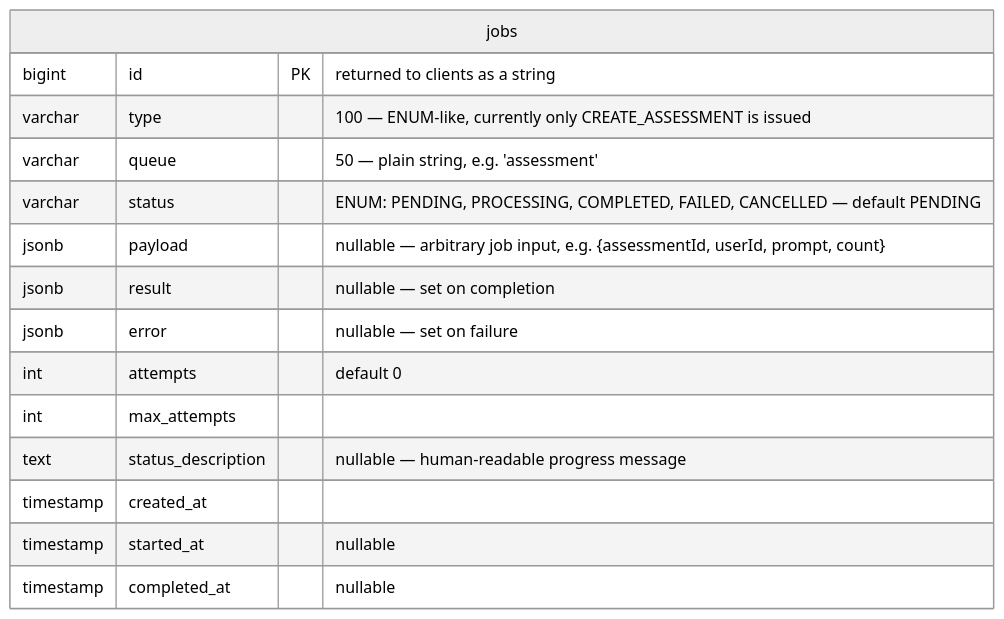
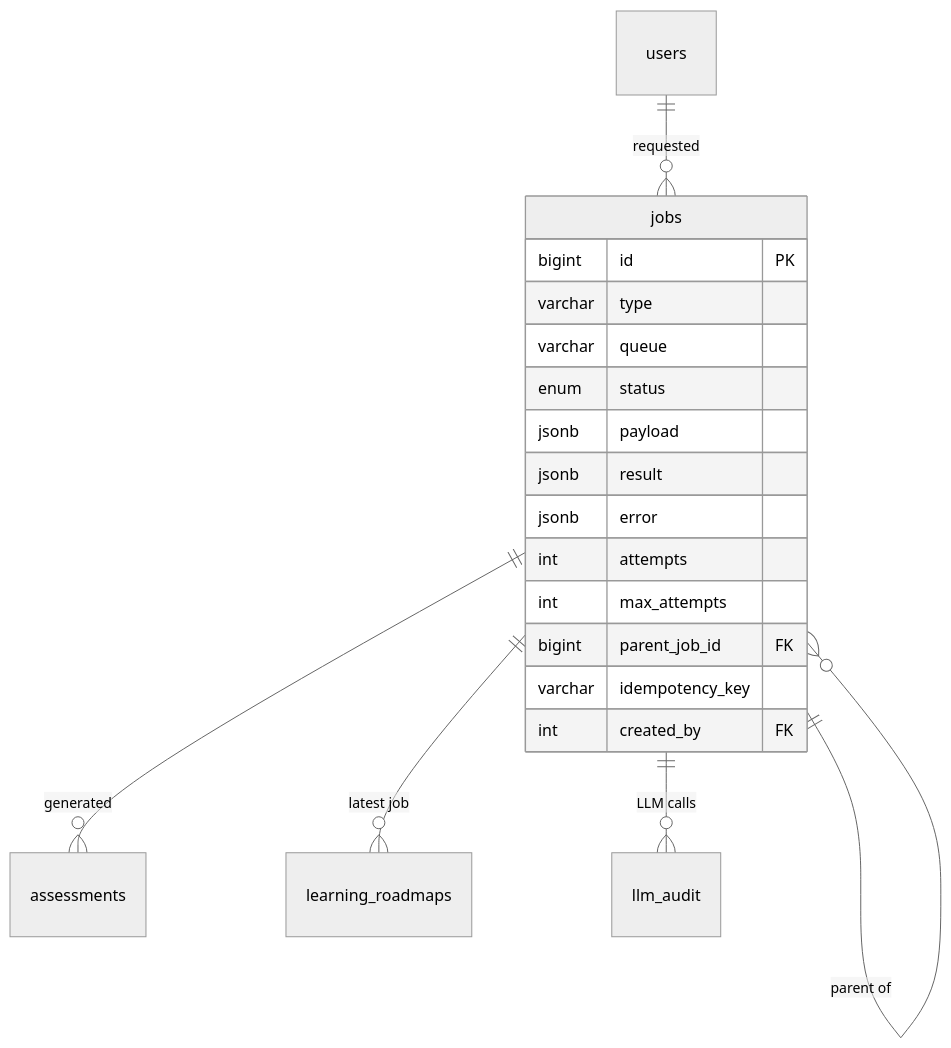
One commit to sharma-dikshant/TestFlow-Docs changed the eighth of 14 diagrams in docs/erd.md. Above: the diagram before and after it, drawn with Mermaid (neutral theme). The commit also changed other lines of this file and 26 other files, not shown here.

````diff
--- a/docs/erd.md
+++ b/docs/erd.md
@@ -254,19 +840,22 @@
 ```mermaid
 erDiagram
-
     jobs {
-        bigint id PK "returned to clients as a string"
-        varchar type "100 — ENUM-like, currently only CREATE_ASSESSMENT is issued"
-        varchar queue "50 — plain string, e.g. 'assessment'"
-        varchar status "ENUM: PENDING, PROCESSING, COMPLETED, FAILED, CANCELLED — default PENDING"
-        jsonb payload "nullable — arbitrary job input, e.g. {assessmentId, userId, prompt, count}"
-        jsonb result "nullable — set on completion"
-        jsonb error "nullable — set on failure"
-        int attempts "default 0"
+        bigint id PK
+        varchar type
+        varchar queue
+        enum status
+        jsonb payload
+        jsonb result
+        jsonb error
+        int attempts
         int max_attempts
-        text status_description "nullable — human-readable progress message"
-        timestamp created_at
-        timestamp started_at "nullable"
-        timestamp completed_at "nullable"
+        bigint parent_job_id FK
+        varchar idempotency_key
+        int created_by FK
     }
+    users ||--o{ jobs : "requested"
+    jobs ||--o{ jobs : "parent of"
+    jobs ||--o{ assessments : "generated"
+    jobs ||--o{ learning_roadmaps : "latest job"
+    jobs ||--o{ llm_audit : "LLM calls"
 ```
````
